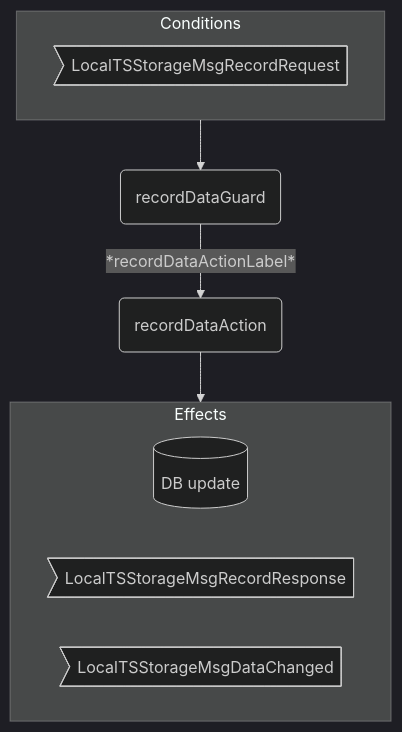
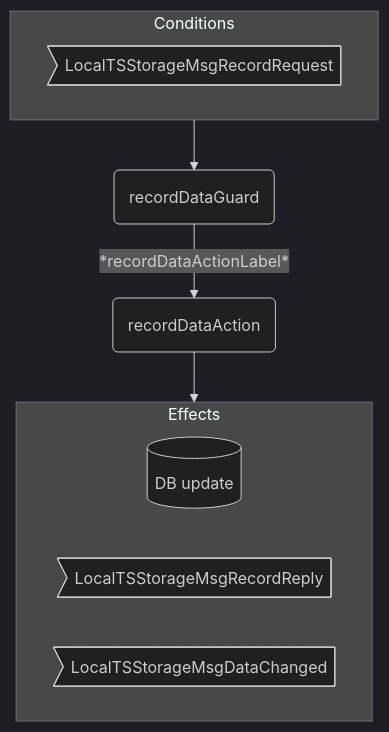
Before and after one commit to anoma/nspec: the second of 3 diagrams in docs/arch/node/engines/local_time_series_storage_behaviour.juvix.md, drawn with Mermaid (dark theme). The commit also changed other lines of this file and 37 other files, not shown here.

Commit message:
Renamed all instances of "Response" to "Reply" in message interfaces for consistency across commitment, decryption, identity management, and other engines.

````diff
--- a/docs/arch/node/engines/local_time_series_storage_behaviour.juvix.md
+++ b/docs/arch/node/engines/local_time_series_storage_behaviour.juvix.md
@@ -579,17 +579,17 @@
 ```mermaid
 flowchart TD
   subgraph C[Conditions]
     CMsg>LocalTSStorageMsgRecordRequest]
   end
 
   G(recordDataGuard)
   A(recordDataAction)
 
   C --> G -- *recordDataActionLabel* --> A --> E
 
   subgraph E[Effects]
     EEnv[(DB update)]
-    EMsg1>LocalTSStorageMsgRecordResponse]
+    EMsg1>LocalTSStorageMsgRecordReply]
     EMsg2>LocalTSStorageMsgDataChanged]
   end
 ```
````
